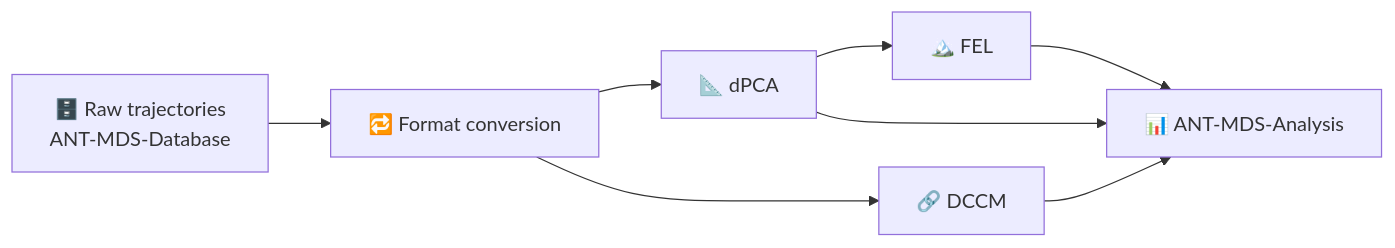
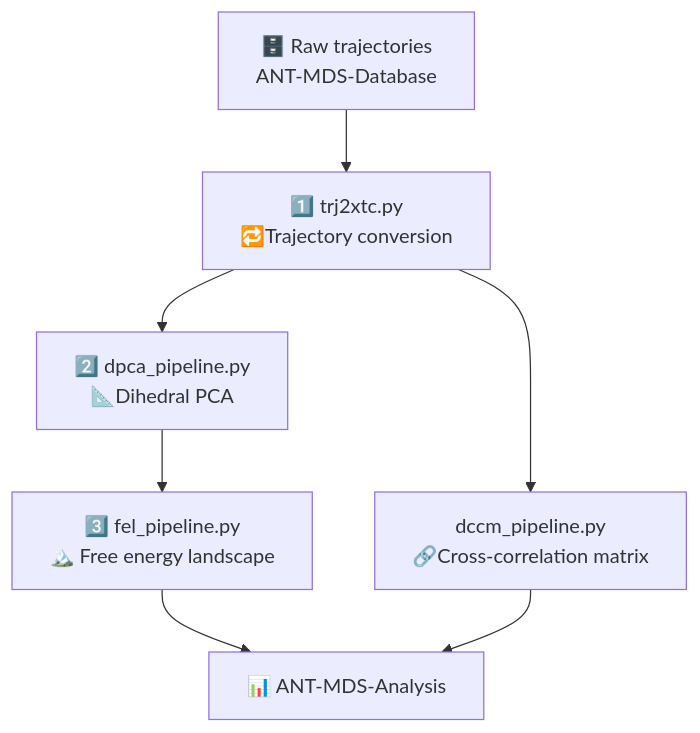
The diagram in README.md (Menzisk/ANT-MDS-Pipelines), drawn with Mermaid before and after one commit. The commit also changed other lines of this file, not shown here.

````diff
--- a/README.md
+++ b/README.md
@@ -52,10 +54,9 @@
 ```mermaid
-flowchart LR
-    A[🗄️ Raw trajectories<br/>ANT-MDS-Database] --> B[🔁 Format conversion]
-    B --> C[📐 dPCA]
-    B --> D[🔗 DCCM]
-    C --> E[🏔️ FEL]
-    C --> F[📊 ANT-MDS-Analysis]
-    D --> F
+flowchart TD
+    A[🗄️ Raw trajectories<br/>ANT-MDS-Database] --> B["1️⃣ trj2xtc.py<br/>🔁Trajectory conversion"]
+    B --> C["2️⃣ dpca_pipeline.py<br/>📐Dihedral PCA"]
+    C --> D["3️⃣ fel_pipeline.py<br/>🏔️ Free energy landscape"]
+    B --> E["dccm_pipeline.py<br/>🔗Cross-correlation matrix"]
+    D --> F[📊 ANT-MDS-Analysis]
     E --> F
 ```
````
